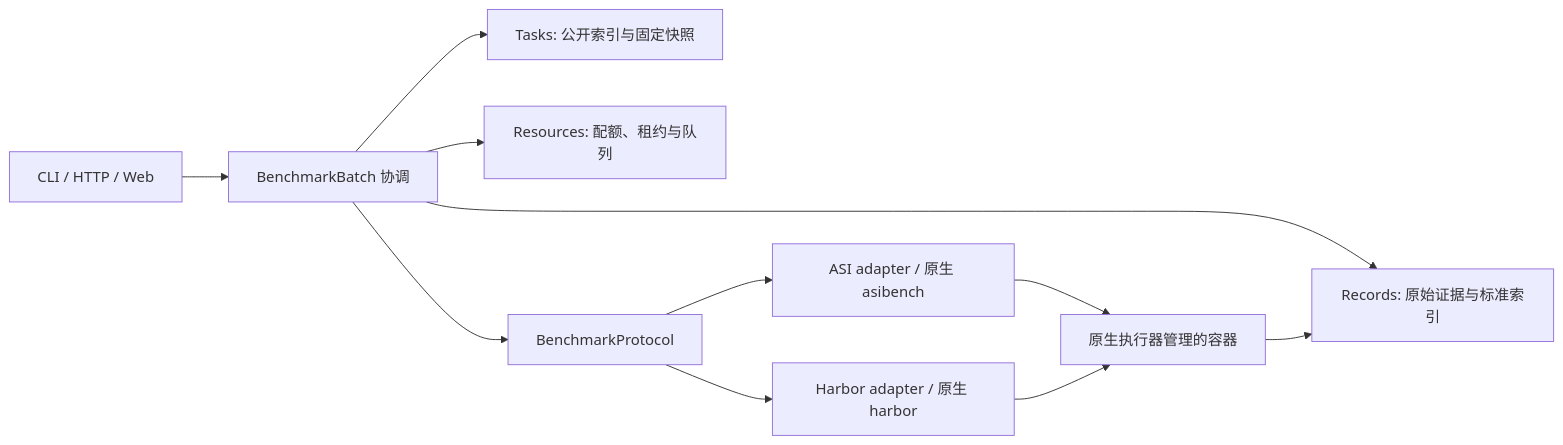
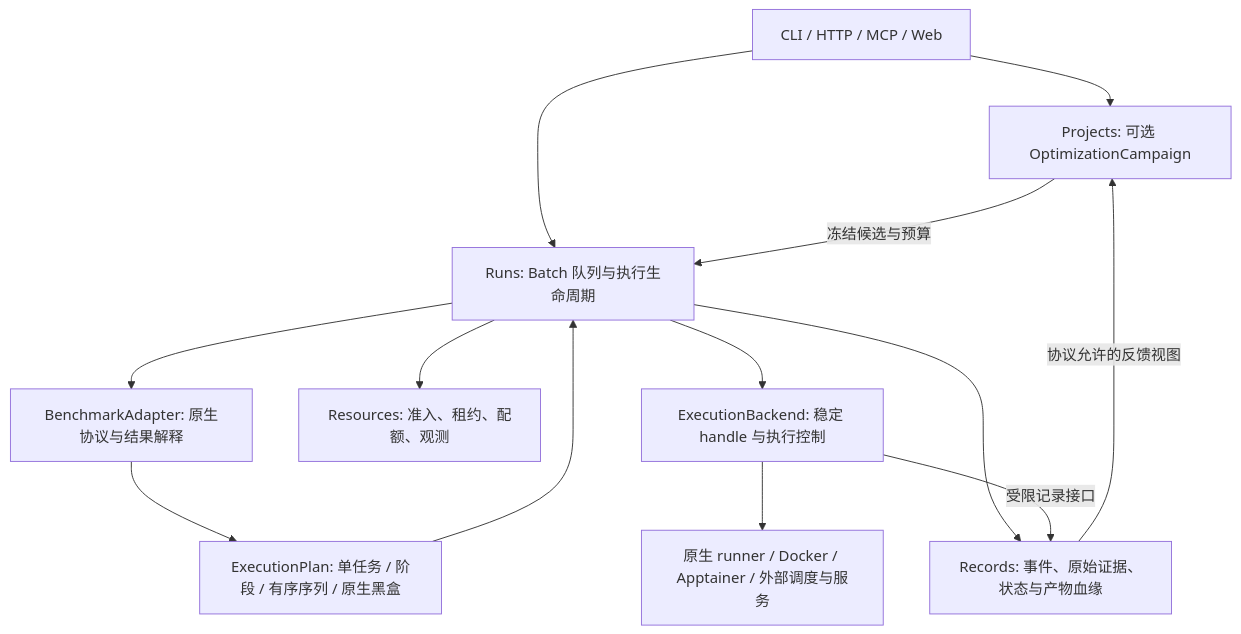
One commit to Ylr9933/Orbit changed the diagram in docs/architecture/benchmark-integration-layer.md. Above: the diagram before and after it, drawn with Mermaid. The commit also changed other lines of this file and 3 other files, not shown here.

Commit message:
docs: generalize benchmark protocols and optimization design

````diff
--- a/docs/architecture/benchmark-integration-layer.md
+++ b/docs/architecture/benchmark-integration-layer.md
@@ -33,13 +46,15 @@
 ```mermaid
-flowchart LR
-    UI[CLI / HTTP / Web] --> Batch[BenchmarkBatch 协调]
-    Batch --> Catalog[Tasks: 公开索引与固定快照]
-    Batch --> Admission[Resources: 配额、租约与队列]
-    Batch --> Contract[BenchmarkProtocol]
-    Contract --> ASI[ASI adapter / 原生 asibench]
-    Contract --> Harbor[Harbor adapter / 原生 harbor]
-    ASI --> NativeEnv[原生执行器管理的容器]
-    Harbor --> NativeEnv
-    Batch --> Records[Records: 原始证据与标准索引]
-    NativeEnv --> Records
+flowchart TB
+    UI[CLI / HTTP / MCP / Web] --> Campaign[Projects: 可选 OptimizationCampaign]
+    UI --> Run[Runs: Batch 队列与执行生命周期]
+    Campaign -->|冻结候选与预算| Run
+    Run --> Adapter[BenchmarkAdapter: 原生协议与结果解释]
+    Adapter --> Plan[ExecutionPlan: 单任务 / 阶段 / 有序序列 / 原生黑盒]
+    Plan --> Run
+    Run --> Resources[Resources: 准入、租约、配额、观测]
+    Run --> Backend[ExecutionBackend: 稳定 handle 与执行控制]
+    Backend --> Native[原生 runner / Docker / Apptainer / 外部调度与服务]
+    Run --> Records[Records: 事件、原始证据、状态与产物血缘]
+    Backend -->|受限记录接口| Records
+    Records -->|协议允许的反馈视图| Campaign
 ```
````
